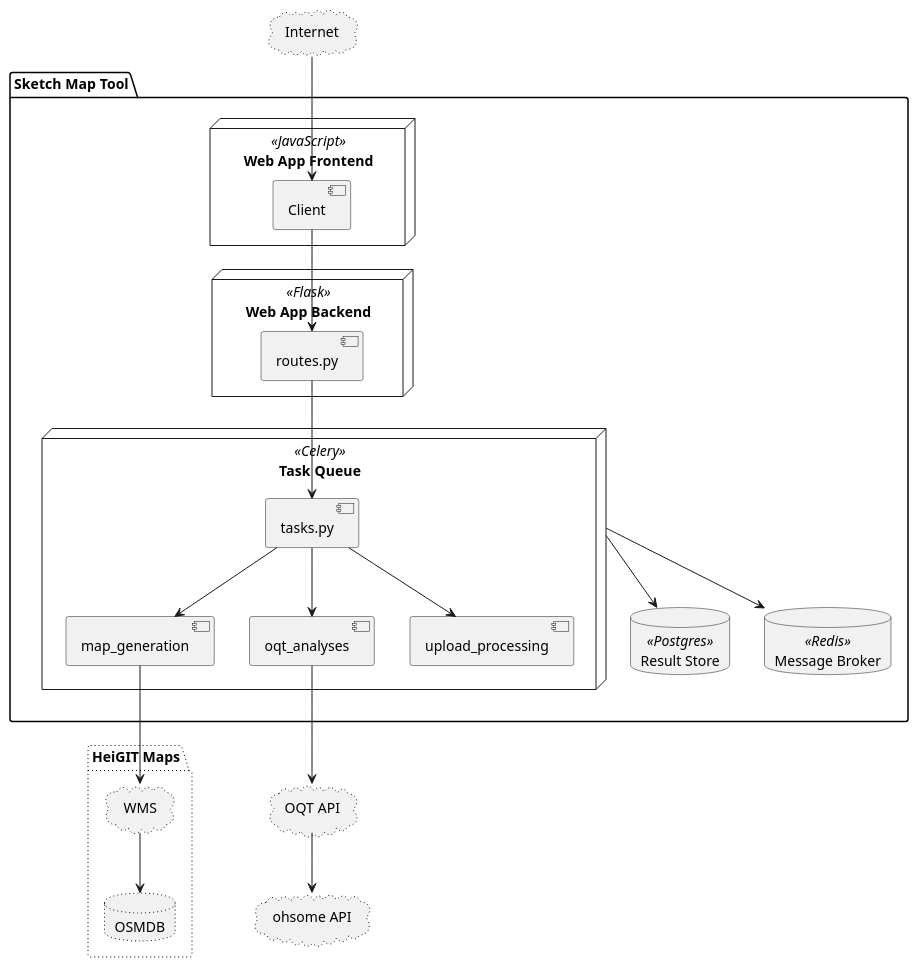
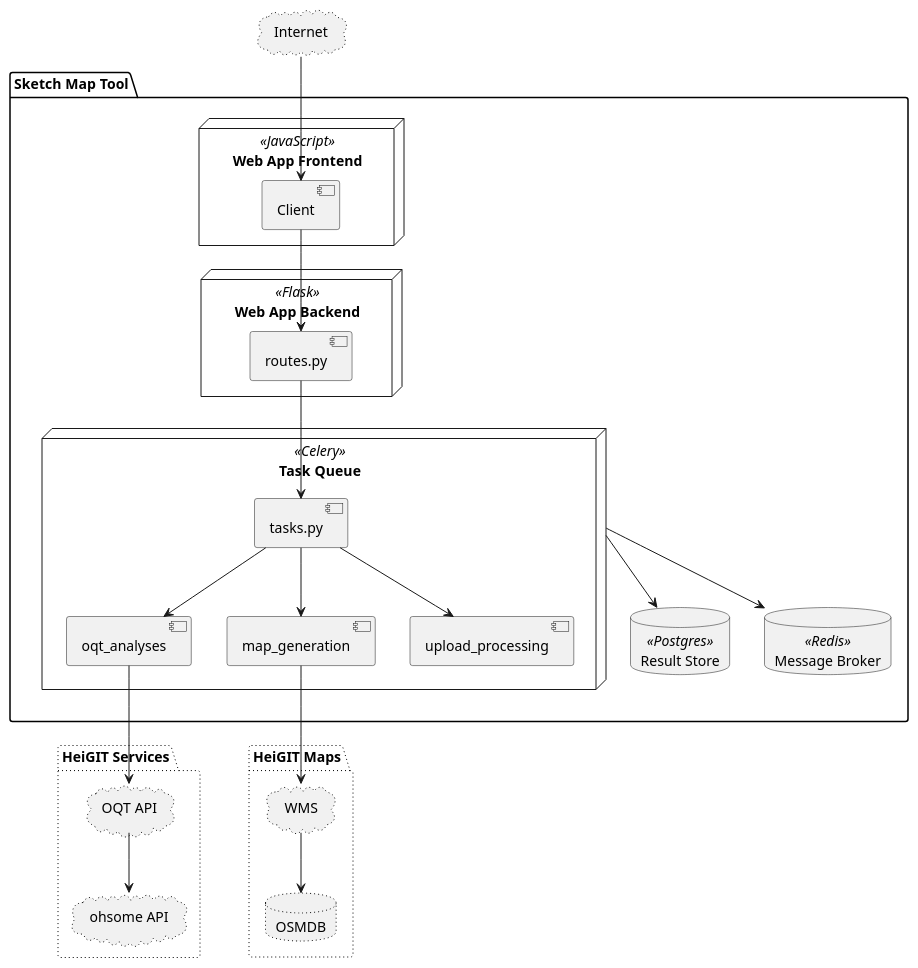
Before and after one commit to GIScience/sketch-map-tool: the diagram in docs/component-diagram.puml, drawn with PlantUML. The commit also changed 1 other file, not shown here.

Commit message:
docs(component diagram): add HeiGIT services
make it visible that OQT and ohsome APIs are HeiGIT services

```diff
--- a/docs/component-diagram.puml
+++ b/docs/component-diagram.puml
@@ -1,48 +1,51 @@
 @startuml
 package "Sketch Map Tool" {
   node webclient as "Web App Frontend" <<JavaScript>> {
       component client as "Client"
     }
 
     node flask as "Web App Backend" <<Flask>> {
         component routes.py
     }
 
     node celery as "Task Queue" <<Celery>>{
         component tasks.py
         component oqt_analyses
         component map_generation
         component upload_processing
         tasks.py --> oqt_analyses
         tasks.py --> map_generation
         tasks.py --> upload_processing
     }
 
     database postgres as "Result Store" <<Postgres>>
     database redis as "Message Broker" <<Redis>>
 
     routes.py --> tasks.py
     celery --> postgres
     celery --> redis
     client --> routes.py
 }
 
 cloud internet as "Internet" #line.dotted
-cloud oqt as "OQT API" #line.dotted
-cloud ohsome as "ohsome API" #line.dotted
 
 package "HeiGIT Maps" #line.dotted {
     cloud wms as "WMS" #line.dotted
     database osmdb as "OSMDB" #line.dotted
 
+}
+
+package "HeiGIT Services" #line.dotted {
+    cloud oqt as "OQT API" #line.dotted
+    cloud ohsome as "ohsome API" #line.dotted
 }
 
 internet --> client
 
 map_generation --> wms
 wms --> osmdb
 
 oqt_analyses --> oqt
 oqt --> ohsome
 
 @enduml
```
